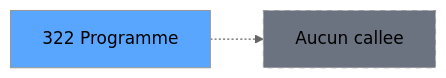
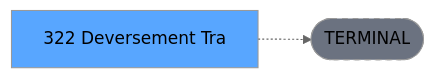
The third of 3 diagrams in .openspec/renders/ADH-IDE-322.md (thonyAGP/lecteur-magic), drawn with Mermaid (neutral theme) before and after one commit. The commit also changed other lines of this file and 701 other files, not shown here.

````diff
--- a/.openspec/renders/ADH-IDE-322.md
+++ b/.openspec/renders/ADH-IDE-322.md
@@ -160,8 +149,8 @@
 ```mermaid
 graph LR
-    T[322 Programme]
-    NONE[Aucun callee]
-    T -.-> NONE
+    T[322 Deversement Tra]
+    TERM([TERMINAL])
+    T -.-> TERM
+    style TERM fill:#6b7280,stroke-dasharray: 5 5
     style T fill:#58a6ff,color:#000
-    style NONE fill:#6b7280,stroke-dasharray: 5 5
 ```
````
